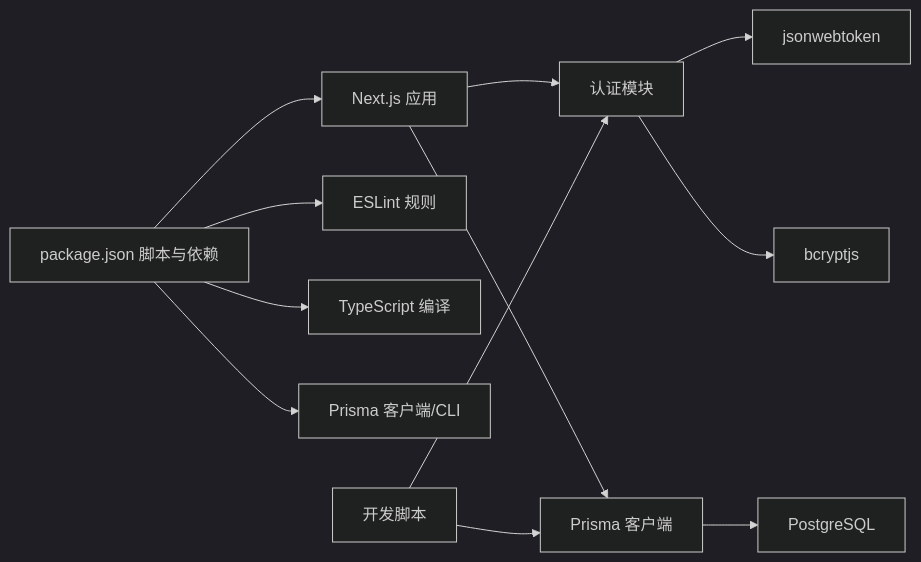
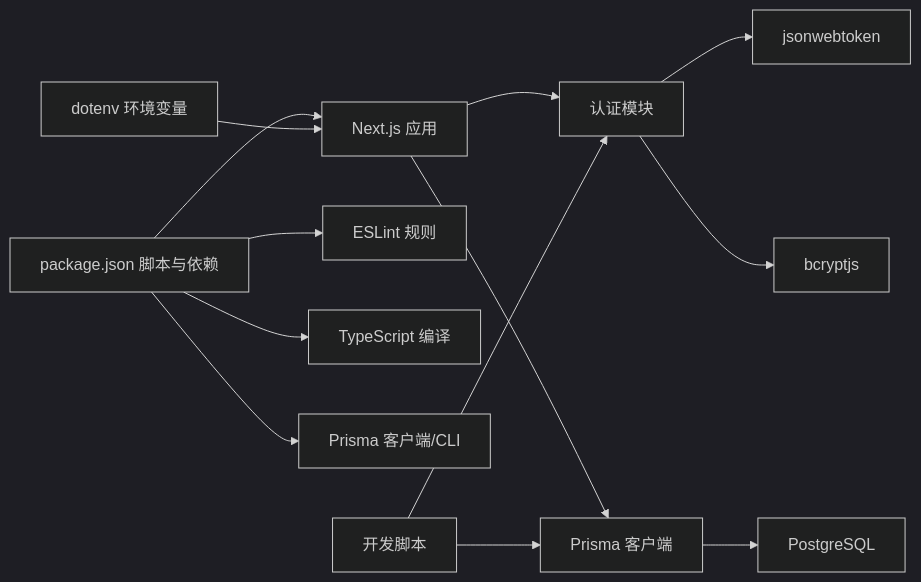
The eighth of 8 diagrams in .qoder/repowiki/zh/content/开发指南/开发指南.md (kangkang919/xinya), drawn with Mermaid (dark theme) before and after one commit. The commit also changed other lines of this file and 9 other files, not shown here.

````diff
--- a/.qoder/repowiki/zh/content/开发指南/开发指南.md
+++ b/.qoder/repowiki/zh/content/开发指南/开发指南.md
@@ -370,14 +409,15 @@
 ```mermaid
 graph LR
 P["package.json 脚本与依赖"] --> N["Next.js 应用"]
 P --> ESL["ESLint 规则"]
 P --> TS["TypeScript 编译"]
 P --> PRISMA["Prisma 客户端/CLI"]
 N --> AUTH["认证模块"]
 N --> DB["Prisma 客户端"]
 AUTH --> JWT["jsonwebtoken"]
 AUTH --> BC["bcryptjs"]
 DB --> PG["PostgreSQL"]
 SCRIPTS["开发脚本"] --> DB
 SCRIPTS --> AUTH
+ENV["dotenv 环境变量"] --> N
 ```
````
